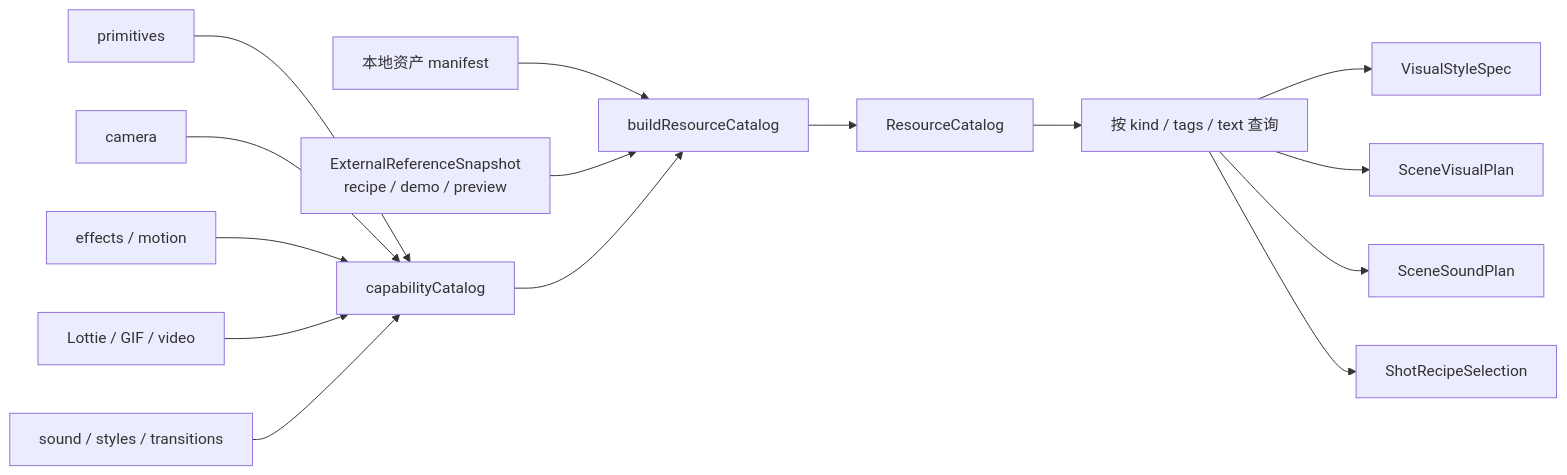
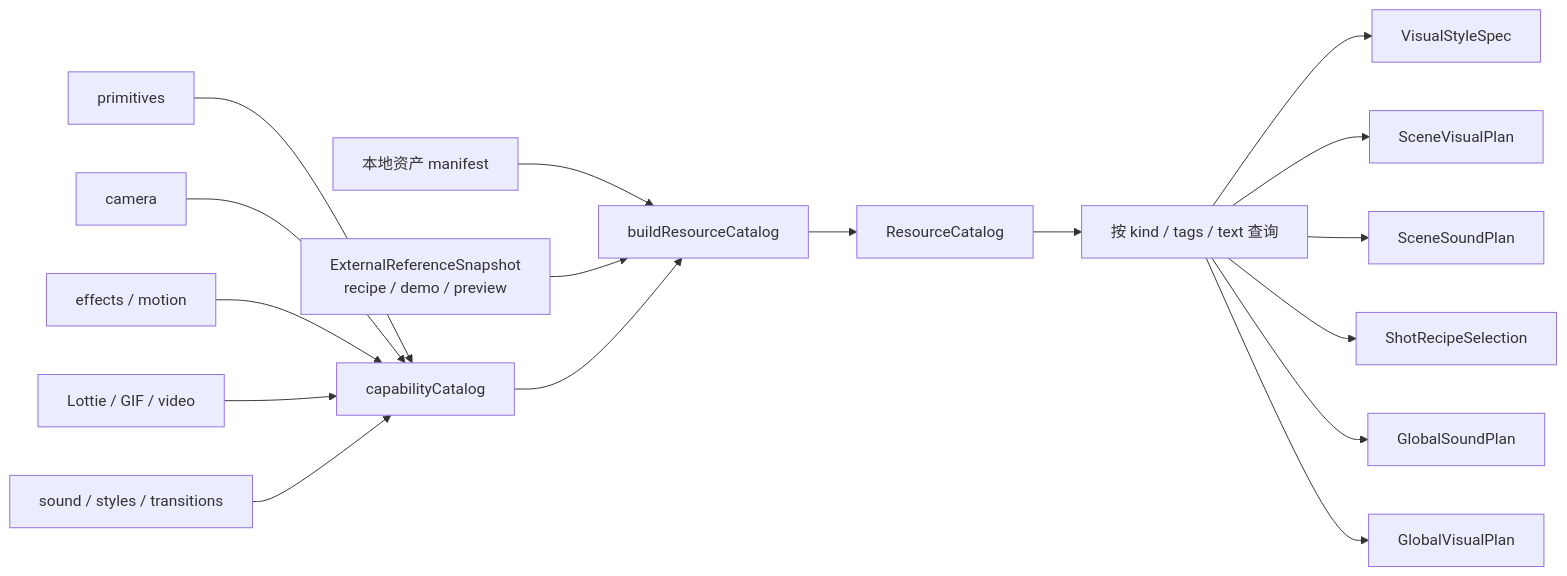
Before and after one commit to AXMORF/axmorf-studio: the diagram in docs/CAPABILITY_CATALOG.md, drawn with Mermaid. The commit also changed other lines of this file and 17 other files, not shown here.

````diff
--- a/docs/CAPABILITY_CATALOG.md
+++ b/docs/CAPABILITY_CATALOG.md
@@ -13,17 +14,19 @@
 ```mermaid
 flowchart LR
     Assets["本地资产 manifest"] --> Build["buildResourceCatalog"]
     Primitives["primitives"] --> Code["capabilityCatalog"]
     Camera["camera"] --> Code
     Effects["effects / motion"] --> Code
     Media["Lottie / GIF / video"] --> Code
     Sound["sound / styles / transitions"] --> Code
     Upstream["ExternalReferenceSnapshot<br/>recipe / demo / preview"] --> Build
     Code --> Build
     Build --> Catalog["ResourceCatalog"]
     Catalog --> Query["按 kind / tags / text 查询"]
     Query --> Style["VisualStyleSpec"]
     Query --> ScenePlan["SceneVisualPlan"]
     Query --> SceneSound["SceneSoundPlan"]
     Query --> Recipe["ShotRecipeSelection"]
+    Query --> GlobalSound["GlobalSoundPlan"]
+    Query --> GlobalVisual["GlobalVisualPlan"]
 ```
````
